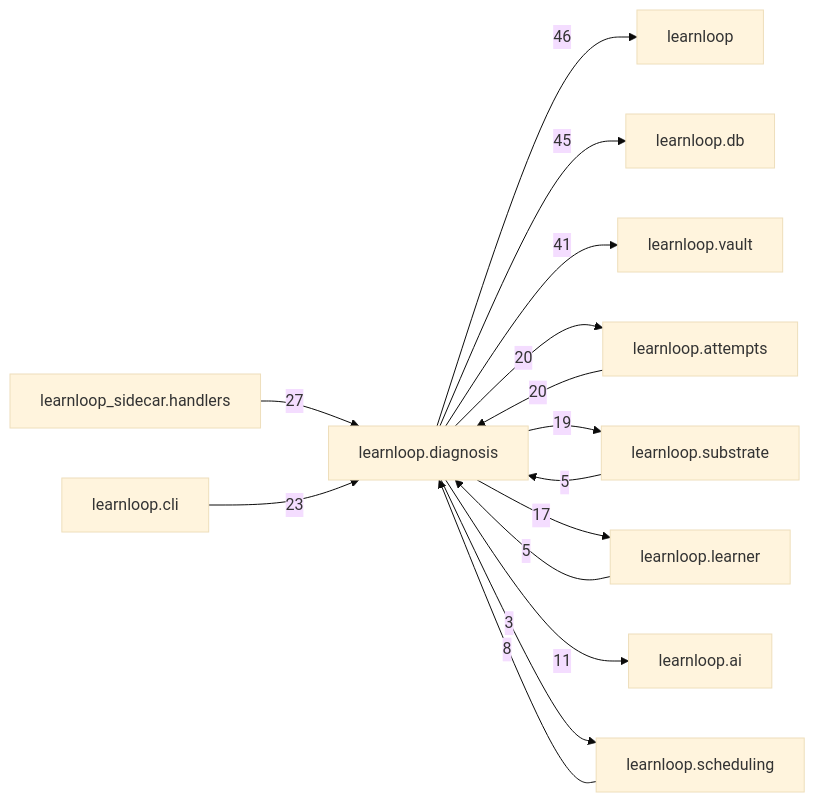
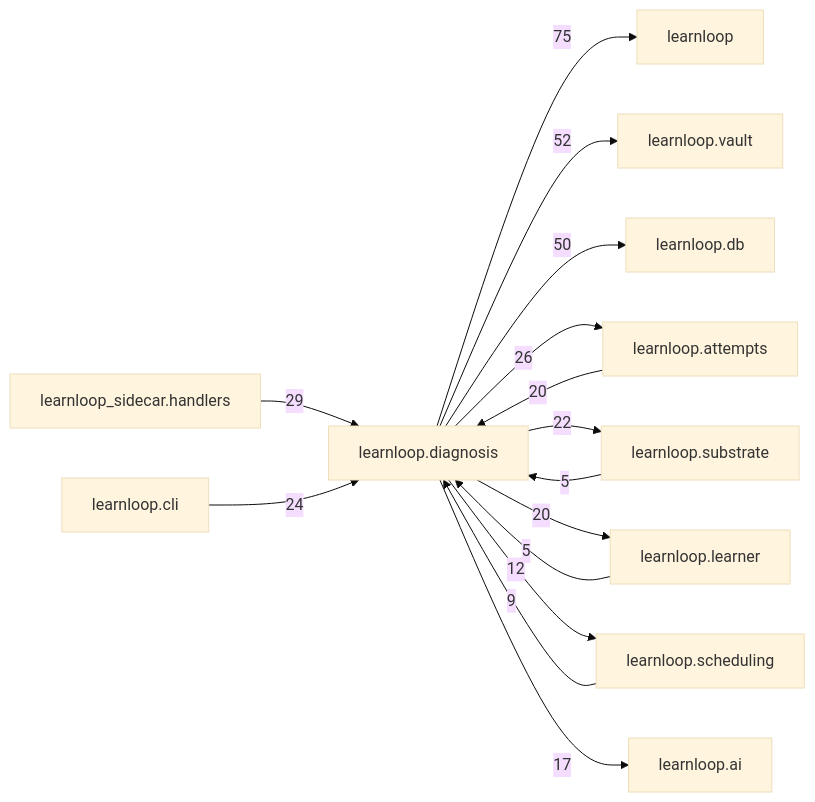
Before and after one commit to 6up-b/learnanything: the diagram in docs/learnloop-architecture-vault/Reference/Modules/learnloop/diagnosis/_package.md, drawn with Mermaid (base theme). The commit also changed other lines of this file and 1202 other files, not shown here.

````diff
--- a/docs/learnloop-architecture-vault/Reference/Modules/learnloop/diagnosis/_package.md
+++ b/docs/learnloop-architecture-vault/Reference/Modules/learnloop/diagnosis/_package.md
@@ -199,28 +234,28 @@
 ```mermaid
 flowchart LR
     center["learnloop.diagnosis"]
     n_learnloop["learnloop"]
+    n_learnloop_vault["learnloop.vault"]
     n_learnloop_db["learnloop.db"]
-    n_learnloop_vault["learnloop.vault"]
     n_learnloop_attempts["learnloop.attempts"]
     n_learnloop_sidecar_handlers["learnloop_sidecar.handlers"]
     n_learnloop_substrate["learnloop.substrate"]
+    n_learnloop_learner["learnloop.learner"]
     n_learnloop_cli["learnloop.cli"]
-    n_learnloop_learner["learnloop.learner"]
+    n_learnloop_scheduling["learnloop.scheduling"]
     n_learnloop_ai["learnloop.ai"]
-    n_learnloop_scheduling["learnloop.scheduling"]
-    center -->|46| n_learnloop
-    center -->|45| n_learnloop_db
-    center -->|41| n_learnloop_vault
+    center -->|75| n_learnloop
+    center -->|52| n_learnloop_vault
+    center -->|50| n_learnloop_db
     n_learnloop_attempts -->|20| center
-    center -->|20| n_learnloop_attempts
-    n_learnloop_sidecar_handlers -->|27| center
+    center -->|26| n_learnloop_attempts
+    n_learnloop_sidecar_handlers -->|29| center
     n_learnloop_substrate -->|5| center
-    center -->|19| n_learnloop_substrate
-    n_learnloop_cli -->|23| center
+    center -->|22| n_learnloop_substrate
     n_learnloop_learner -->|5| center
-    center -->|17| n_learnloop_learner
-    center -->|11| n_learnloop_ai
-    n_learnloop_scheduling -->|8| center
-    center -->|3| n_learnloop_scheduling
+    center -->|20| n_learnloop_learner
+    n_learnloop_cli -->|24| center
+    n_learnloop_scheduling -->|9| center
+    center -->|12| n_learnloop_scheduling
+    center -->|17| n_learnloop_ai
 ```
````
